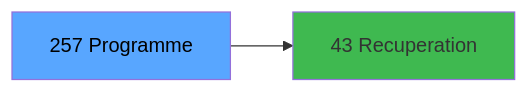
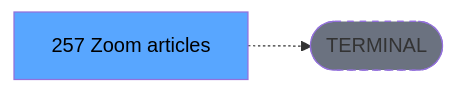
One commit to thonyAGP/lecteur-magic changed the third of 3 diagrams in .openspec/specs/ADH-IDE-257.md. Above: the diagram before and after it, drawn with Mermaid. The commit also changed other lines of this file and 701 other files, not shown here.

````diff
--- a/.openspec/specs/ADH-IDE-257.md
+++ b/.openspec/specs/ADH-IDE-257.md
@@ -160,8 +134,8 @@
 ```mermaid
 graph LR
-    T[257 Programme]
-    C43[43 Recuperation]
-    T --> C43
+    T[257 Zoom articles]
+    TERM([TERMINAL])
+    T -.-> TERM
+    style TERM fill:#6b7280,stroke-dasharray: 5 5
     style T fill:#58a6ff,color:#000
-    style C43 fill:#3fb950
 ```
````
